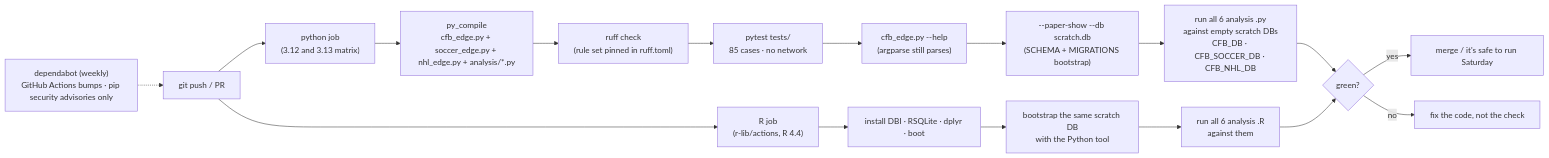
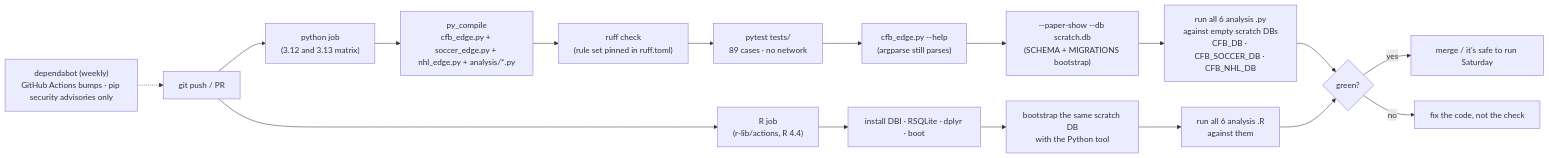
Before and after one commit to wbp318/cfb_soccer_nhl_2026_2027: diagram 12 of 27 in README.md, drawn with Mermaid. The commit also changed other lines of this file and 10 other files, not shown here.

````diff
--- a/README.md
+++ b/README.md
@@ -723,18 +724,18 @@
 ```mermaid
 flowchart LR
     PUSH["git push / PR"] --> PY["python job\n(3.12 and 3.13 matrix)"]
     PUSH --> RJ["R job\n(r-lib/actions, R 4.4)"]
     PY --> P1["py_compile\ncfb_edge.py + soccer_edge.py + nhl_edge.py + analysis/*.py"]
     P1 --> P2["ruff check\n(rule set pinned in ruff.toml)"]
-    P2 --> PT["pytest tests/\n85 cases · no network"]
+    P2 --> PT["pytest tests/\n89 cases · no network"]
     PT --> P3["cfb_edge.py --help\n(argparse still parses)"]
     P3 --> P4["--paper-show --db scratch.db\n(SCHEMA + MIGRATIONS bootstrap)"]
     P4 --> P5["run all 6 analysis .py\nagainst empty scratch DBs\nCFB_DB · CFB_SOCCER_DB · CFB_NHL_DB"]
     RJ --> R1["install DBI · RSQLite · dplyr · boot"]
     R1 --> R2["bootstrap the same scratch DB\nwith the Python tool"]
     R2 --> R3["run all 6 analysis .R\nagainst them"]
     P5 & R3 --> OK{"green?"}
     OK -- yes --> M["merge / it's safe to run Saturday"]
     OK -- no --> FIX["fix the code, not the check"]
     DEP["dependabot (weekly)\nGitHub Actions bumps · pip security advisories only"] -.-> PUSH
 ```
````
